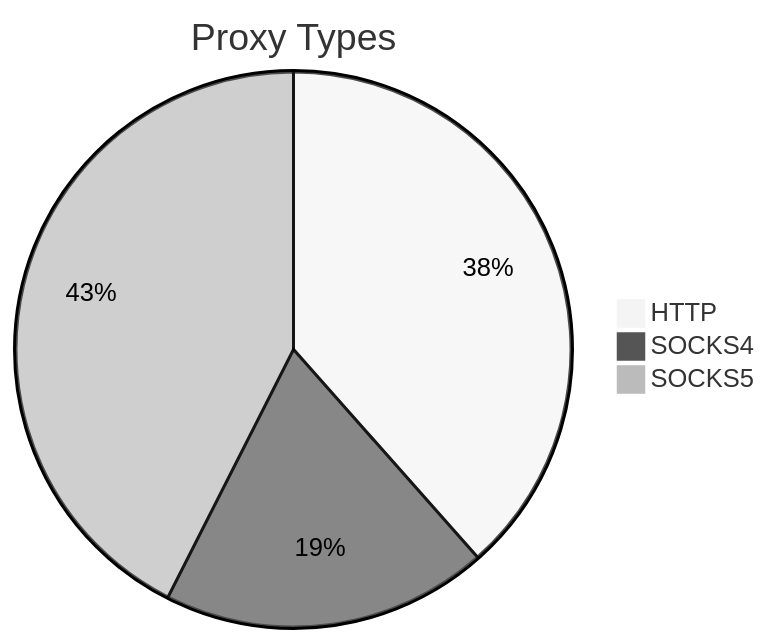
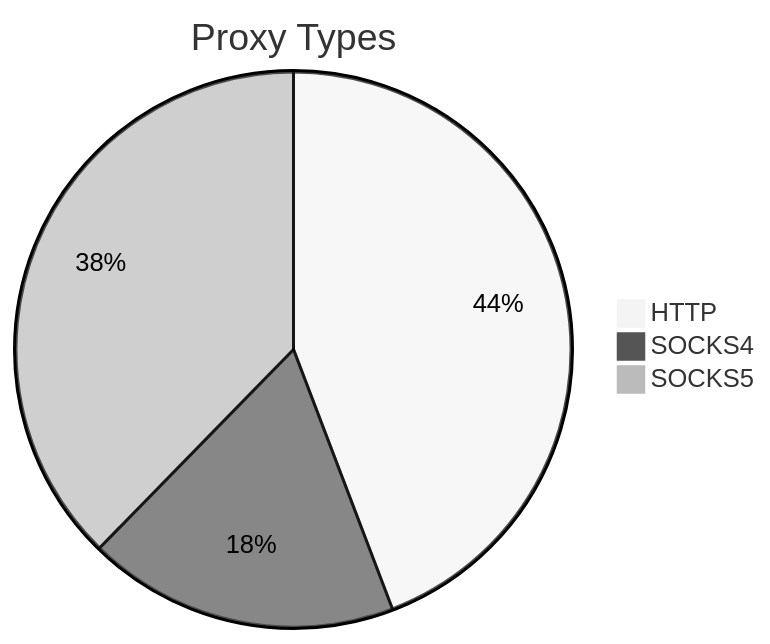
Before and after one commit to stormsia/proxy-list: the first of 2 diagrams in README.md, drawn with Mermaid (neutral theme). The commit also changed other lines of this file, not shown here.

````diff
--- a/README.md
+++ b/README.md
@@ -21,6 +21,6 @@
 ```mermaid
 pie title Proxy Types
-    "HTTP" : 85
-    "SOCKS4" : 42
-    "SOCKS5" : 94
+    "HTTP" : 61
+    "SOCKS4" : 25
+    "SOCKS5" : 52
 ```
````
